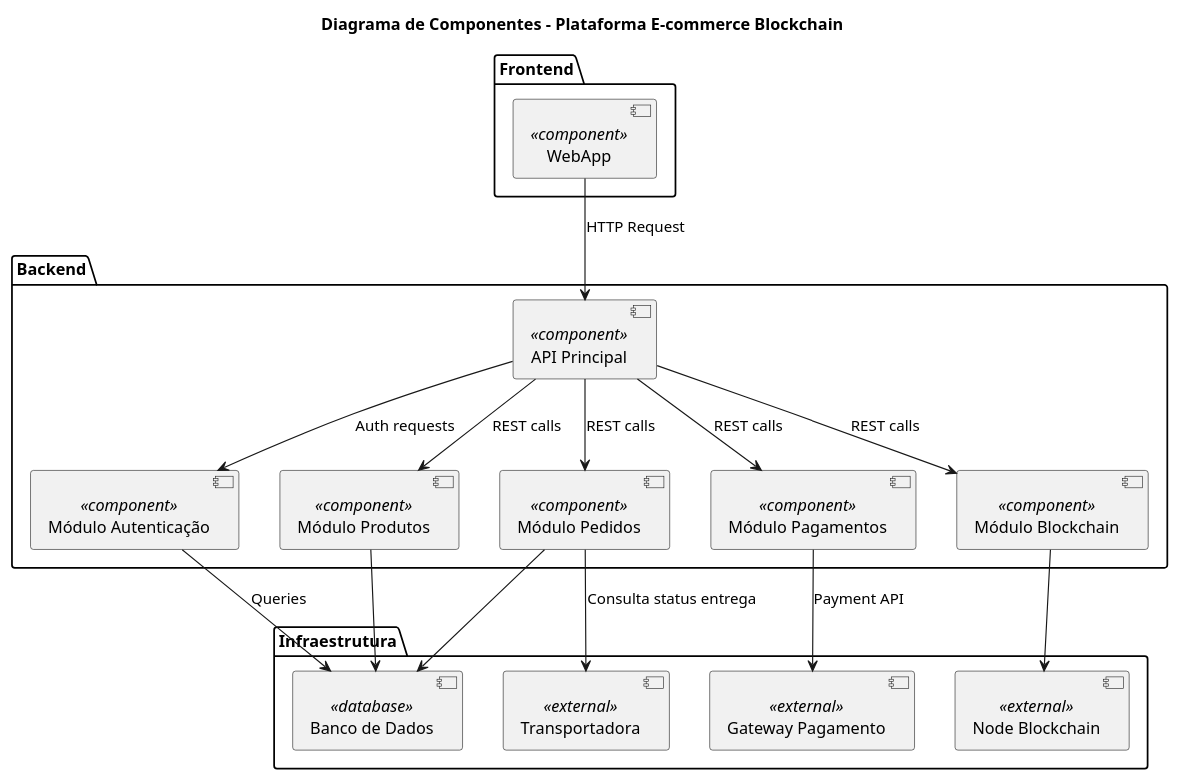
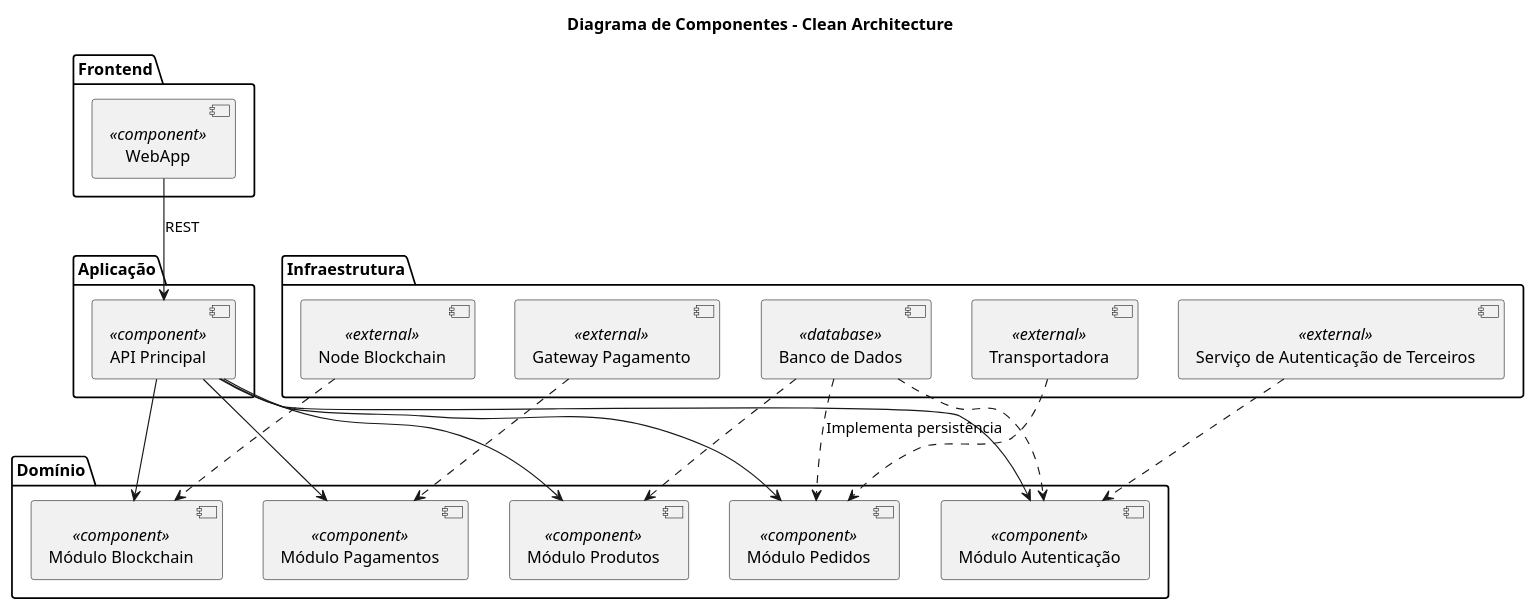
One commit to gilmarUFG/as_es_20251_g4 changed the diagram in trabalho_final/modelos_uml/diagrama_de_componentes.plantuml. Above: the diagram before and after it, drawn with PlantUML.

Commit message:
Organizando o diagrama de componente segundo as dependências

```diff
--- a/trabalho_final/modelos_uml/diagrama_de_componentes.plantuml
+++ b/trabalho_final/modelos_uml/diagrama_de_componentes.plantuml
@@ -1,40 +1,46 @@
 @startuml ComponentDiagram
 
-title Diagrama de Componentes - Plataforma E-commerce Blockchain
+title Diagrama de Componentes - Clean Architecture
 
 package "Frontend" {
   [WebApp] <<component>>
 }
 
-package "Backend" {
+package "Aplicação" {
   [API Principal] <<component>>
+}
+
+package "Domínio" {
+  [Módulo Pedidos] <<component>>
+  [Módulo Produtos] <<component>>
+  [Módulo Pagamentos] <<component>>
   [Módulo Autenticação] <<component>>
-  [Módulo Produtos] <<component>>
-  [Módulo Pedidos] <<component>>
-  [Módulo Pagamentos] <<component>>
   [Módulo Blockchain] <<component>>
 }
 
 package "Infraestrutura" {
   [Banco de Dados] <<database>>
   [Node Blockchain] <<external>>
   [Gateway Pagamento] <<external>>
   [Transportadora] <<external>>
+  [Serviço de Autenticação de Terceiros] <<external>>
 }
 
-[WebApp] --> [API Principal] : HTTP Request
+[WebApp] --> [API Principal] : REST
 
-[API Principal] --> [Módulo Autenticação] : Auth requests
-[API Principal] --> [Módulo Produtos] : REST calls
-[API Principal] --> [Módulo Pedidos] : REST calls
-[API Principal] --> [Módulo Pagamentos] : REST calls
-[API Principal] --> [Módulo Blockchain] : REST calls
+[API Principal] --> [Módulo Pedidos]
+[API Principal] --> [Módulo Produtos]
+[API Principal] --> [Módulo Pagamentos]
+[API Principal] --> [Módulo Autenticação]
+[API Principal] --> [Módulo Blockchain]
 
-[Módulo Autenticação] --> [Banco de Dados] : Queries
-[Módulo Produtos] --> [Banco de Dados]
-[Módulo Pedidos] --> [Banco de Dados]
-[Módulo Pedidos] --> [Transportadora] : Consulta status entrega
-[Módulo Pagamentos] --> [Gateway Pagamento] : Payment API
-[Módulo Blockchain] --> [Node Blockchain]
+
+[Banco de Dados] ..> [Módulo Pedidos] : Implementa persistência
+[Banco de Dados] ..> [Módulo Produtos]
+[Banco de Dados] ..> [Módulo Autenticação]
+[Gateway Pagamento] ..> [Módulo Pagamentos]
+[Node Blockchain] ..> [Módulo Blockchain]
+[Transportadora] ..> [Módulo Pedidos]
+[Serviço de Autenticação de Terceiros] ..> [Módulo Autenticação]
 
 @enduml
```
